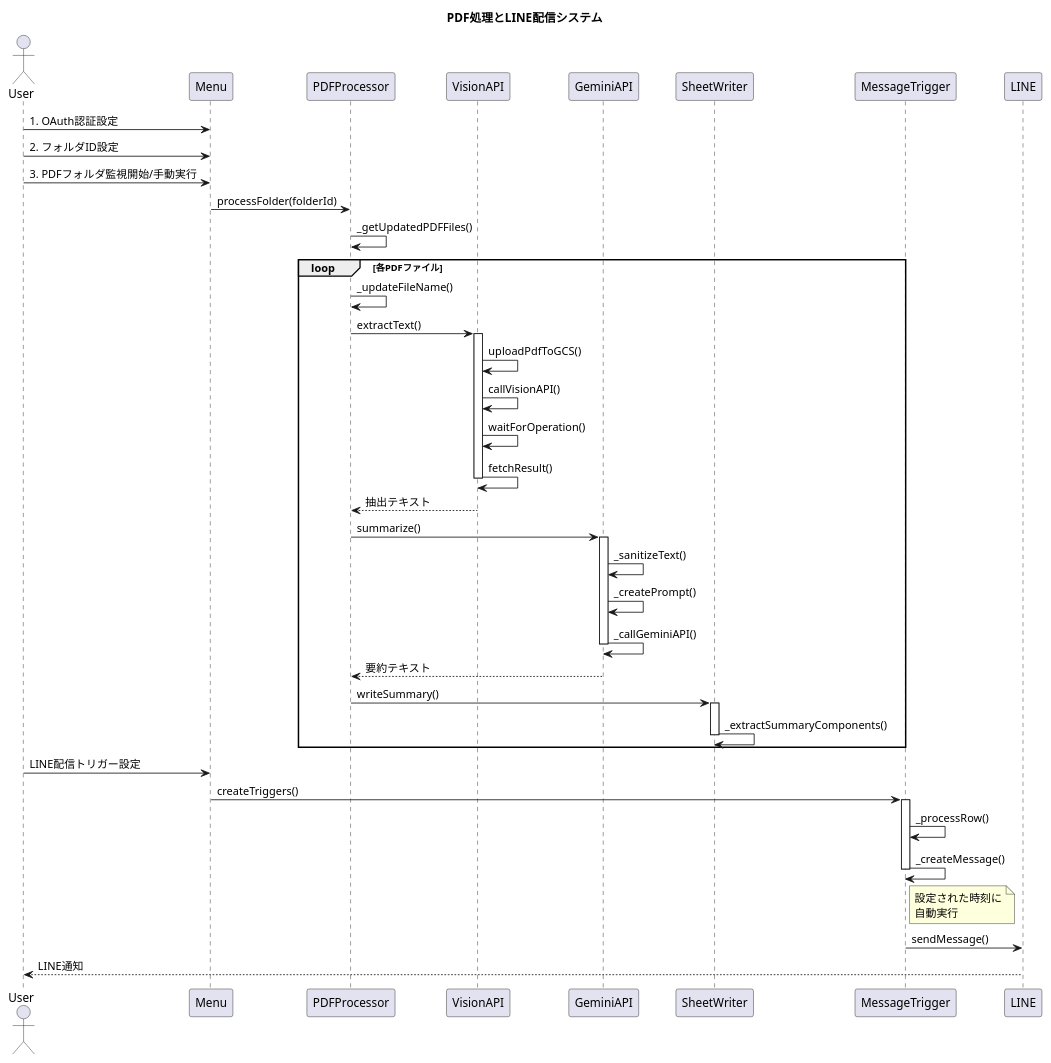
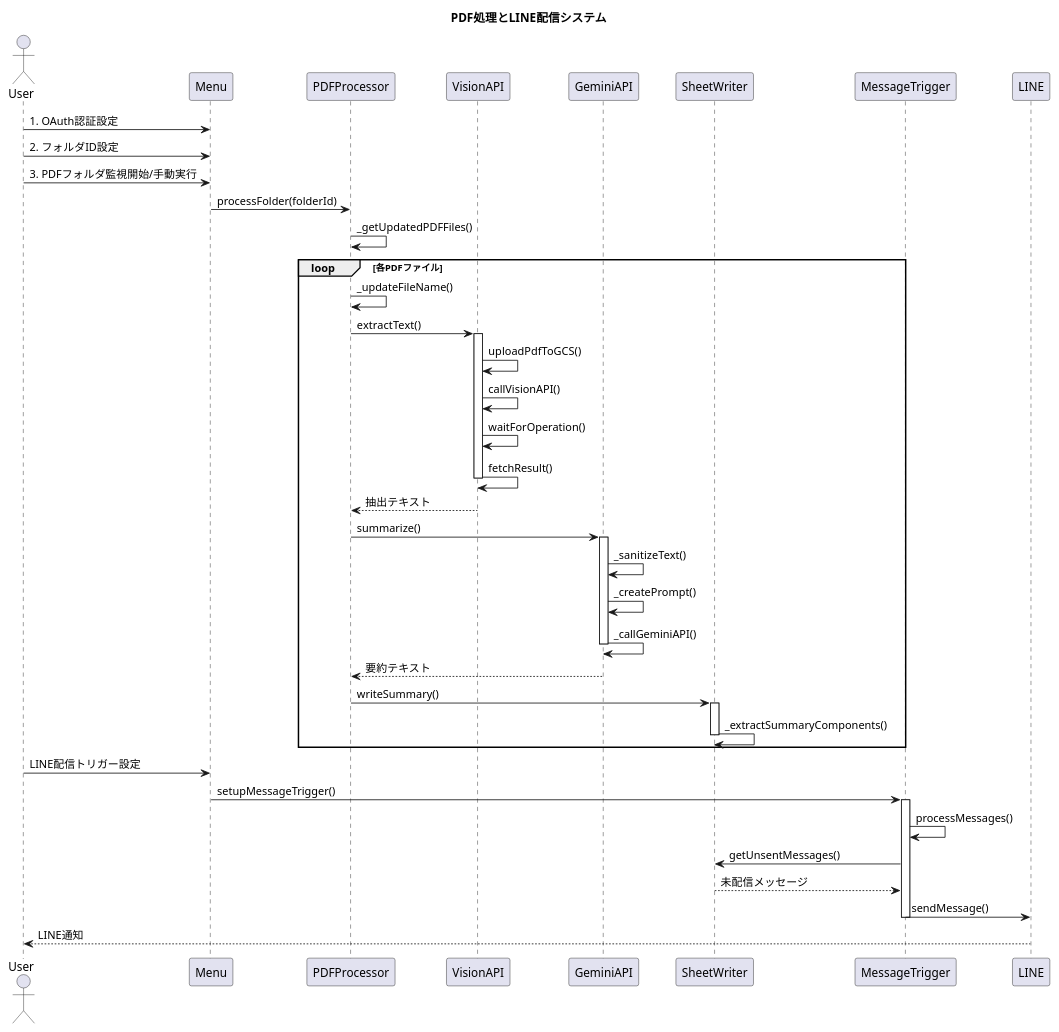
One commit to ytland104/SpreadsheetToLine changed the diagram in secuence.puml. Above: the diagram before and after it, drawn with PlantUML. The commit also changed 5 other files, not shown here.

```diff
--- a/secuence.puml
+++ b/secuence.puml
@@ -1,63 +1,58 @@
 @startuml
 title PDF処理とLINE配信システム
 
 actor User
 participant Menu
 participant PDFProcessor
 participant VisionAPI
 participant GeminiAPI
 participant SheetWriter
 participant MessageTrigger
 participant LINE
 
 ' 初期設定フロー
 User -> Menu: 1. OAuth認証設定
 User -> Menu: 2. フォルダID設定
 User -> Menu: 3. PDFフォルダ監視開始/手動実行
 
 ' PDF処理フロー
 Menu -> PDFProcessor: processFolder(folderId)
 PDFProcessor -> PDFProcessor: _getUpdatedPDFFiles()
 
 loop 各PDFファイル
     PDFProcessor -> PDFProcessor: _updateFileName()
     PDFProcessor -> VisionAPI: extractText()
     activate VisionAPI
         VisionAPI -> VisionAPI: uploadPdfToGCS()
         VisionAPI -> VisionAPI: callVisionAPI()
         VisionAPI -> VisionAPI: waitForOperation()
         VisionAPI -> VisionAPI: fetchResult()
     deactivate VisionAPI
     VisionAPI --> PDFProcessor: 抽出テキスト
 
     PDFProcessor -> GeminiAPI: summarize()
     activate GeminiAPI
         GeminiAPI -> GeminiAPI: _sanitizeText()
         GeminiAPI -> GeminiAPI: _createPrompt()
         GeminiAPI -> GeminiAPI: _callGeminiAPI()
     deactivate GeminiAPI
     GeminiAPI --> PDFProcessor: 要約テキスト
 
     PDFProcessor -> SheetWriter: writeSummary()
     activate SheetWriter
         SheetWriter -> SheetWriter: _extractSummaryComponents()
     deactivate SheetWriter
 end
 
 ' LINE配信フロー
 User -> Menu: LINE配信トリガー設定
-Menu -> MessageTrigger: createTriggers()
+Menu -> MessageTrigger: setupMessageTrigger()
 activate MessageTrigger
-    MessageTrigger -> MessageTrigger: _processRow()
-    MessageTrigger -> MessageTrigger: _createMessage()
+    MessageTrigger -> MessageTrigger: processMessages()
+    MessageTrigger -> SheetWriter: getUnsentMessages()
+    SheetWriter --> MessageTrigger: 未配信メッセージ
+    MessageTrigger -> LINE: sendMessage()
 deactivate MessageTrigger
-
-note right of MessageTrigger
-    設定された時刻に
-    自動実行
-end note
-
-MessageTrigger -> LINE: sendMessage()
 LINE --> User: LINE通知
 
 @enduml
```
